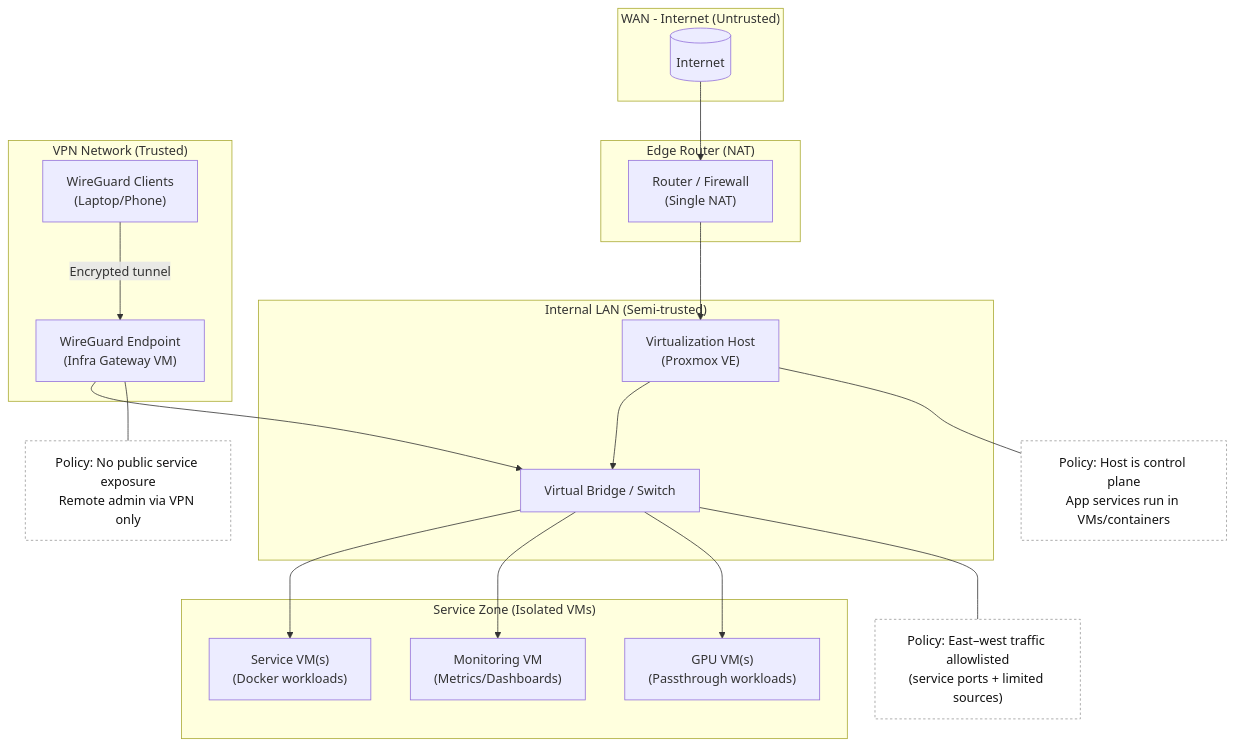
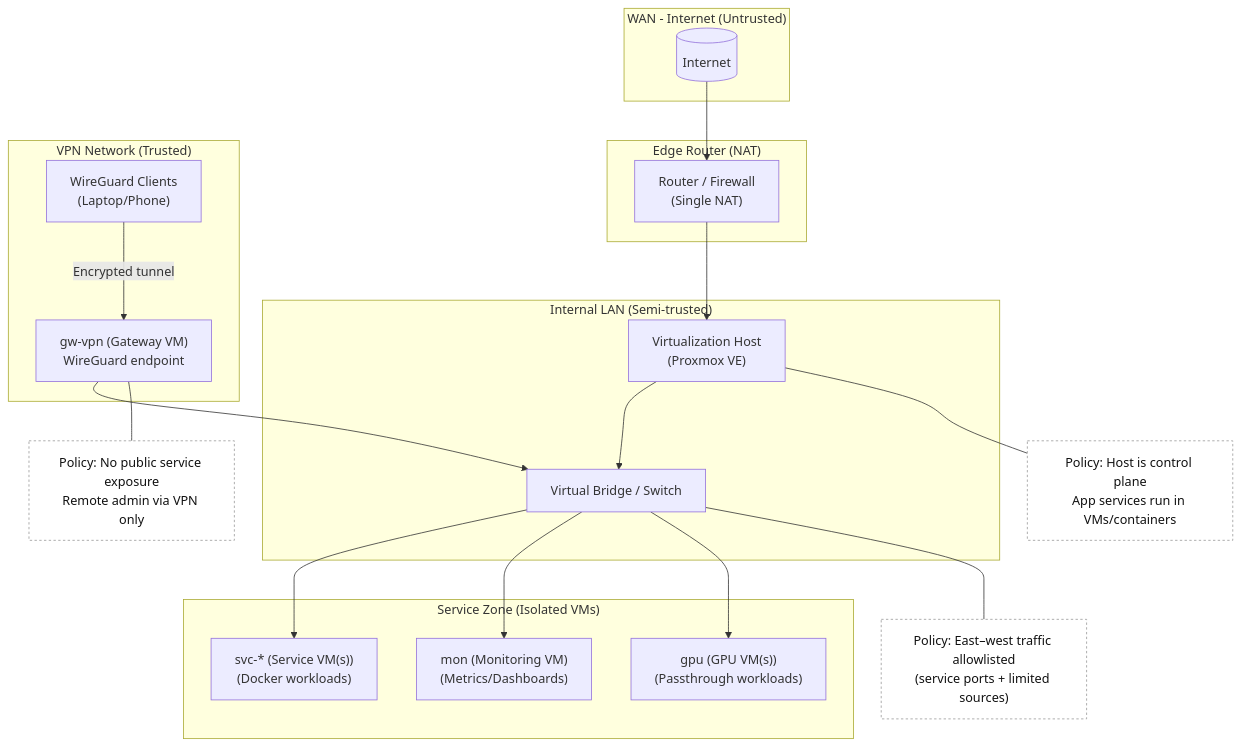
Before and after one commit to AmoghKaushik/secure-virtualized-home-lab: the diagram in docs/diagrams/network.md, drawn with Mermaid. The commit also changed other lines of this file and 2 other files, not shown here.

Commit message:
docs: clarify diagram format and add diagram headers

````diff
--- a/docs/diagrams/network.md
+++ b/docs/diagrams/network.md
@@ -1,50 +5,50 @@
 ```mermaid
 flowchart TB
   %% Trust zones
   subgraph WAN["WAN - Internet (Untrusted)"]
     Internet[(Internet)]
   end
 
   subgraph EDGE["Edge Router (NAT)"]
     Router["Router / Firewall<br/>(Single NAT)"]
   end
 
   subgraph LAN["Internal LAN (Semi-trusted)"]
     Host["Virtualization Host<br/>(Proxmox VE)"]
     Sw["Virtual Bridge / Switch"]
   end
 
   subgraph VPN["VPN Network (Trusted)"]
     WGClients["WireGuard Clients<br/>(Laptop/Phone)"]
-    WG["WireGuard Endpoint<br/>(Infra Gateway VM)"]
+    GW["gw-vpn (Gateway VM)<br/>WireGuard endpoint"]
   end
 
   subgraph SRV["Service Zone (Isolated VMs)"]
-    SVC["Service VM(s)<br/>(Docker workloads)"]
-    MON["Monitoring VM<br/>(Metrics/Dashboards)"]
-    GPU["GPU VM(s)<br/>(Passthrough workloads)"]
+    SVC["svc-* (Service VM(s))<br/>(Docker workloads)"]
+    MON["mon (Monitoring VM)<br/>(Metrics/Dashboards)"]
+    GPU["gpu (GPU VM(s))<br/>(Passthrough workloads)"]
   end
 
   %% Connectivity
   Internet --> Router
   Router --> Host
   Host --> Sw
 
-  WGClients -->|Encrypted tunnel| WG
-  WG --> Sw
+  WGClients -->|Encrypted tunnel| GW
+  GW --> Sw
 
   Sw --> SVC
   Sw --> MON
   Sw --> GPU
 
   %% Notes / policies
   classDef note fill:#fff,stroke:#999,stroke-dasharray: 3 3,color:#111;
 
   N1["Policy: No public service exposure<br/>Remote admin via VPN only"]:::note
   N2["Policy: Host is control plane<br/>App services run in VMs/containers"]:::note
   N3["Policy: East–west traffic allowlisted<br/>(service ports + limited sources)"]:::note
 
-  WG --- N1
+  GW --- N1
   Host --- N2
   Sw --- N3
 ```
````
